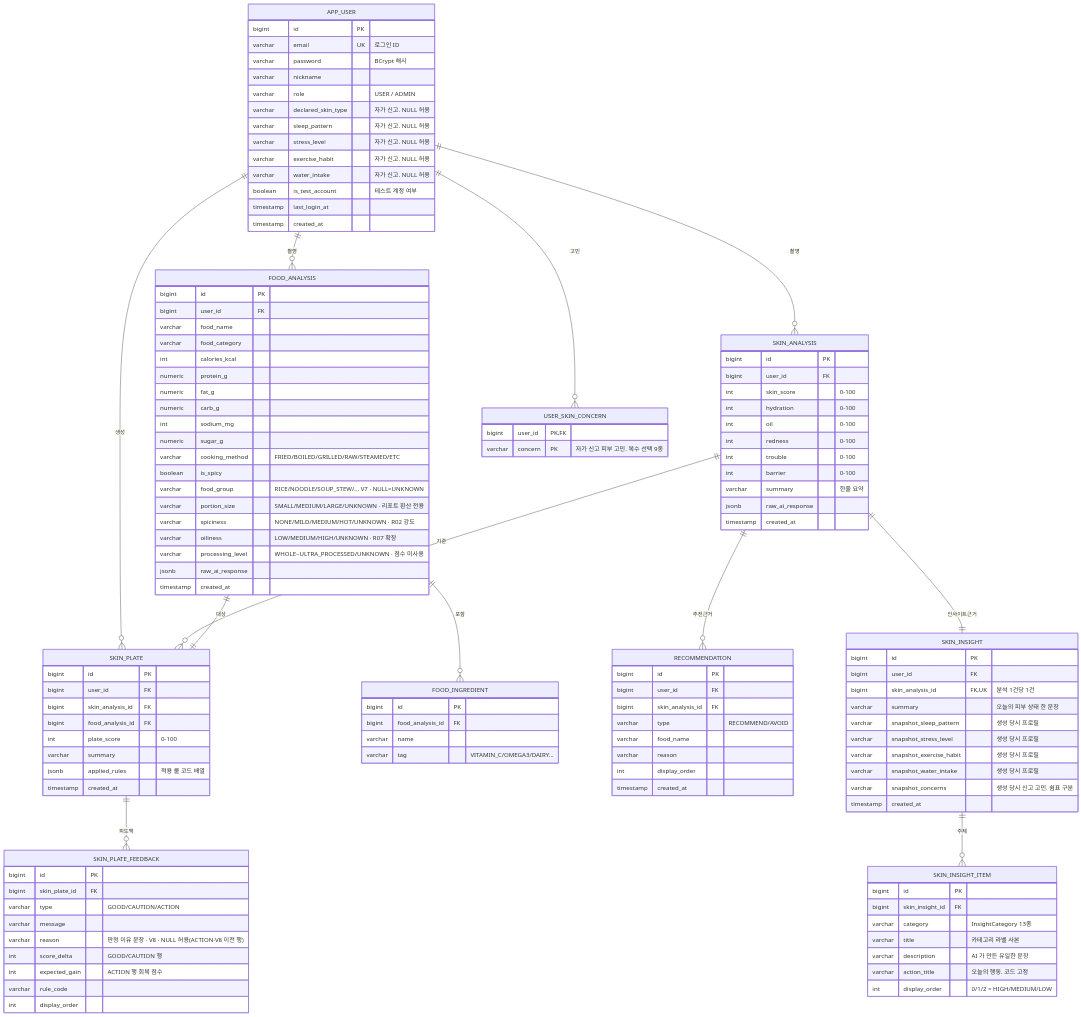
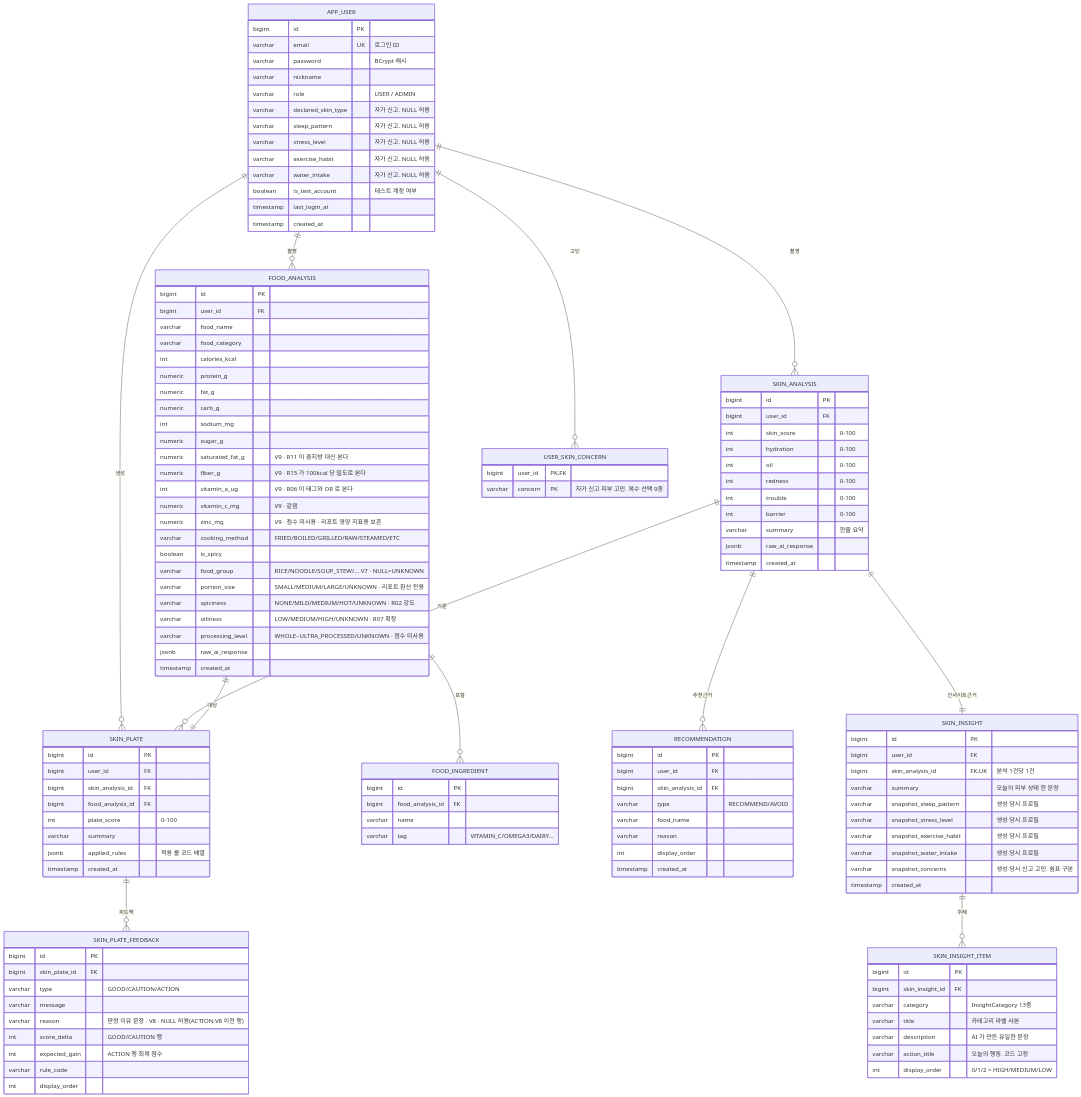
One commit to LikeLion-DU/Skinpick-backend changed the fourth of 8 diagrams in SkinPlate_PRD.md. Above: the diagram before and after it, drawn with Mermaid. The commit also changed other lines of this file and 2 other files, not shown here.

```diff
--- a/SkinPlate_PRD.md
+++ b/SkinPlate_PRD.md
@@ -1518,6 +1518,11 @@
         numeric carb_g
         int sodium_mg
         numeric sugar_g
+        numeric saturated_fat_g "V9 · R11 이 총지방 대신 본다"
+        numeric fiber_g "V9 · R15 가 100kcal 당 밀도로 본다"
+        int vitamin_a_ug "V9 · R06 이 태그와 OR 로 본다"
+        numeric vitamin_c_mg "V9 · 같음"
+        numeric zinc_mg "V9 · 점수 미사용 · 리포트 영양 지표용 보존"
         varchar cooking_method "FRIED/BOILED/GRILLED/RAW/STEAMED/ETC"
         boolean is_spicy
         varchar food_group "RICE/NOODLE/SOUP_STEW/... V7 · NULL=UNKNOWN"
```
